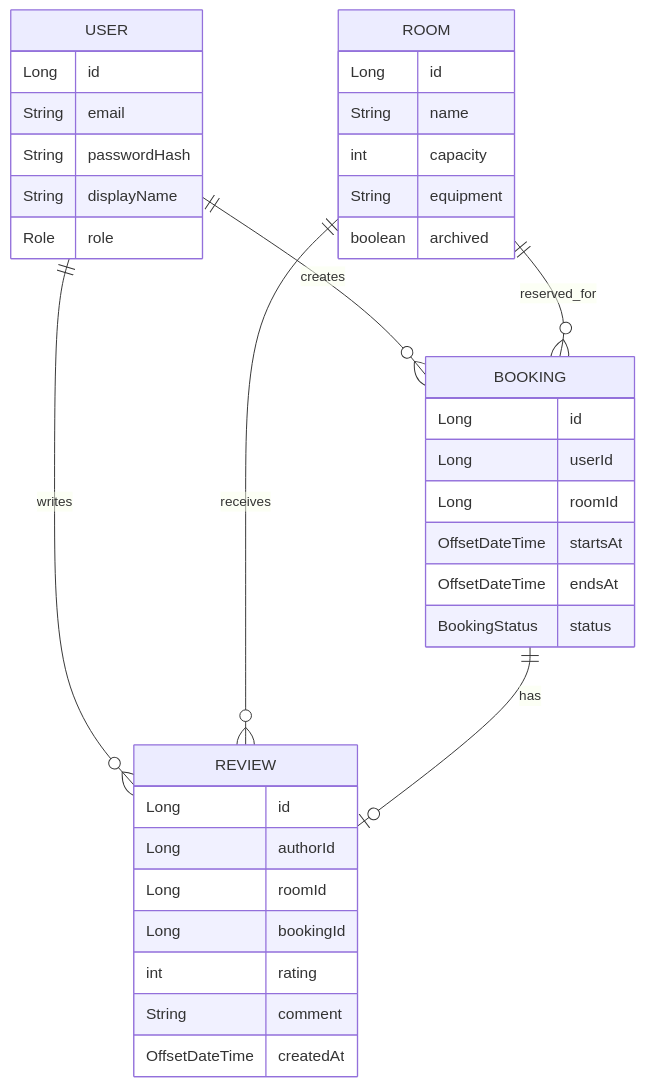
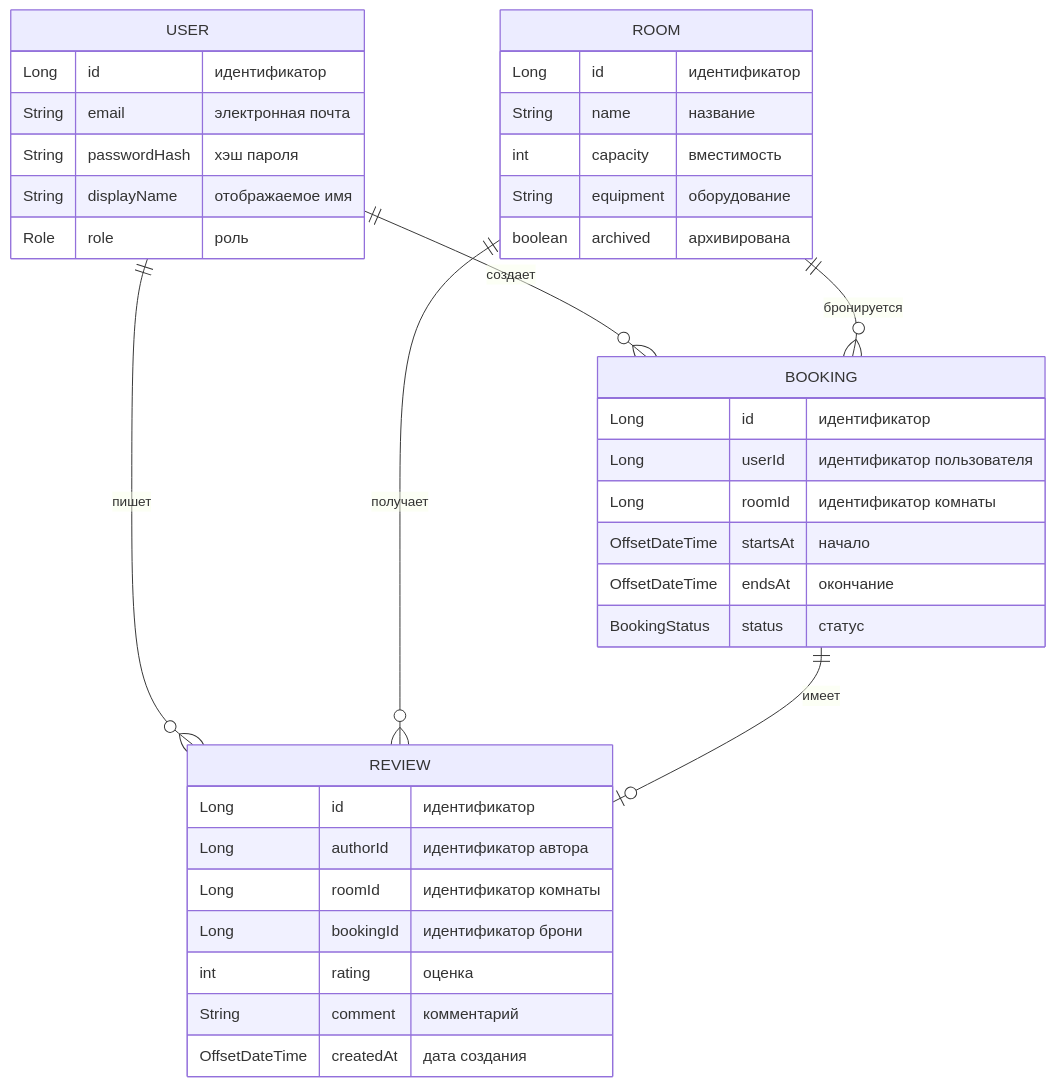
Before and after one commit to HellsTomato/coworking-room-booking: the diagram in docs/diagrams/data-model.mmd, drawn with Mermaid. The commit also changed 5 other files, not shown here.

Commit message:
docs: translate diagrams to Russian

```diff
--- a/docs/diagrams/data-model.mmd
+++ b/docs/diagrams/data-model.mmd
@@ -1,38 +1,38 @@
 erDiagram
-    USER ||--o{ BOOKING : creates
-    USER ||--o{ REVIEW : writes
-    ROOM ||--o{ BOOKING : reserved_for
-    ROOM ||--o{ REVIEW : receives
-    BOOKING ||--o| REVIEW : has
+    USER ||--o{ BOOKING : создает
+    USER ||--o{ REVIEW : пишет
+    ROOM ||--o{ BOOKING : бронируется
+    ROOM ||--o{ REVIEW : получает
+    BOOKING ||--o| REVIEW : имеет
 
     USER {
-        Long id
-        String email
-        String passwordHash
-        String displayName
-        Role role
+        Long id "идентификатор"
+        String email "электронная почта"
+        String passwordHash "хэш пароля"
+        String displayName "отображаемое имя"
+        Role role "роль"
     }
     ROOM {
-        Long id
-        String name
-        int capacity
-        String equipment
-        boolean archived
+        Long id "идентификатор"
+        String name "название"
+        int capacity "вместимость"
+        String equipment "оборудование"
+        boolean archived "архивирована"
     }
     BOOKING {
-        Long id
-        Long userId
-        Long roomId
-        OffsetDateTime startsAt
-        OffsetDateTime endsAt
-        BookingStatus status
+        Long id "идентификатор"
+        Long userId "идентификатор пользователя"
+        Long roomId "идентификатор комнаты"
+        OffsetDateTime startsAt "начало"
+        OffsetDateTime endsAt "окончание"
+        BookingStatus status "статус"
     }
     REVIEW {
-        Long id
-        Long authorId
-        Long roomId
-        Long bookingId
-        int rating
-        String comment
-        OffsetDateTime createdAt
+        Long id "идентификатор"
+        Long authorId "идентификатор автора"
+        Long roomId "идентификатор комнаты"
+        Long bookingId "идентификатор брони"
+        int rating "оценка"
+        String comment "комментарий"
+        OffsetDateTime createdAt "дата создания"
     }
```
